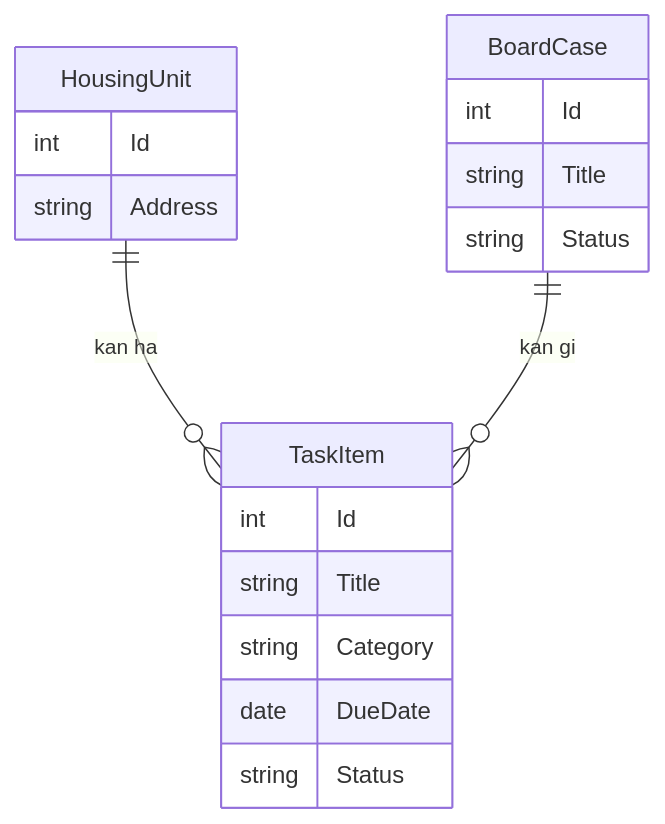
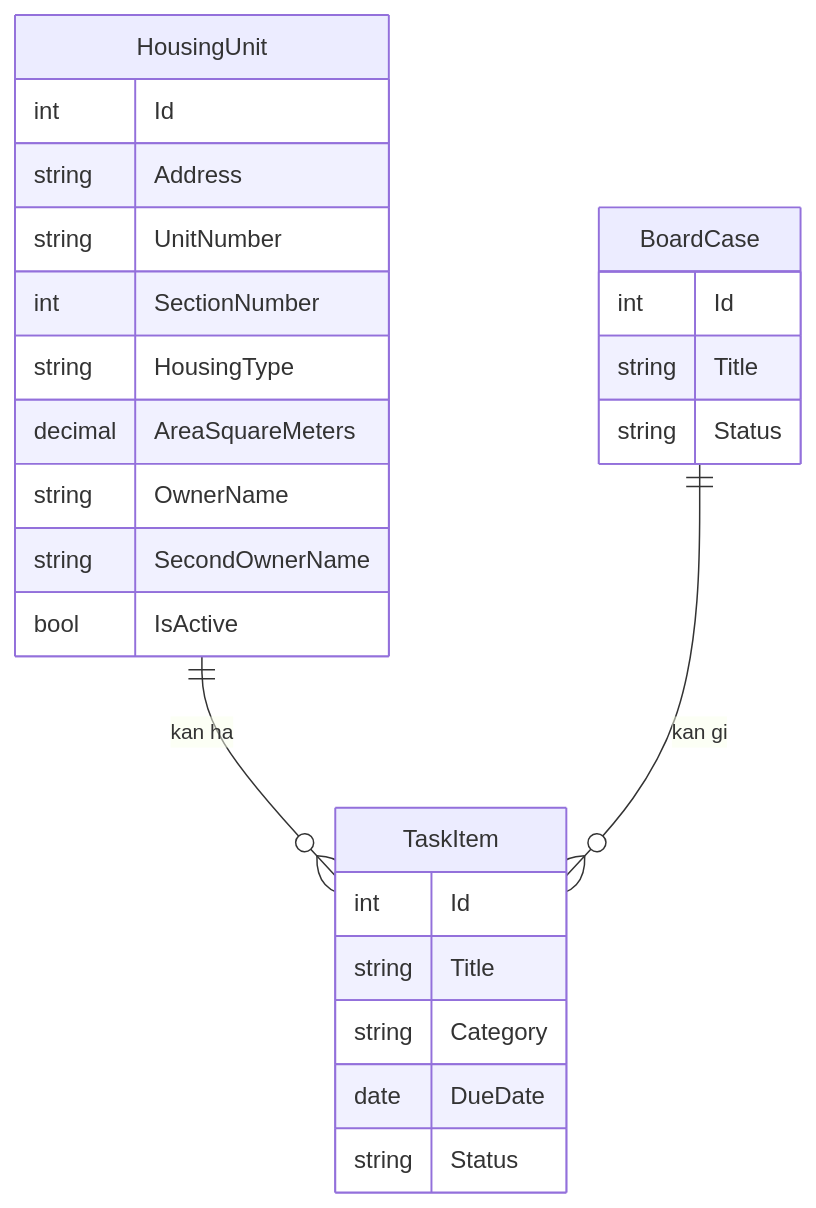
Before and after one commit to rmk062026/SameieHub: the second of 2 diagrams in docs/ARCHITECTURE.md, drawn with Mermaid. The commit also changed other lines of this file and 6 other files, not shown here.

Commit message:
docs: document M1E housing unit register, owner limit and privacy

````diff
--- a/docs/ARCHITECTURE.md
+++ b/docs/ARCHITECTURE.md
@@ -35,21 +35,28 @@
 ```mermaid
 erDiagram
     HousingUnit ||--o{ TaskItem : "kan ha"
     BoardCase ||--o{ TaskItem : "kan gi"
     HousingUnit {
         int Id
         string Address
+        string UnitNumber
+        int SectionNumber
+        string HousingType
+        decimal AreaSquareMeters
+        string OwnerName
+        string SecondOwnerName
+        bool IsActive
     }
     BoardCase {
         int Id
         string Title
         string Status
     }
     TaskItem {
         int Id
         string Title
         string Category
         date DueDate
         string Status
     }
 ```
````
